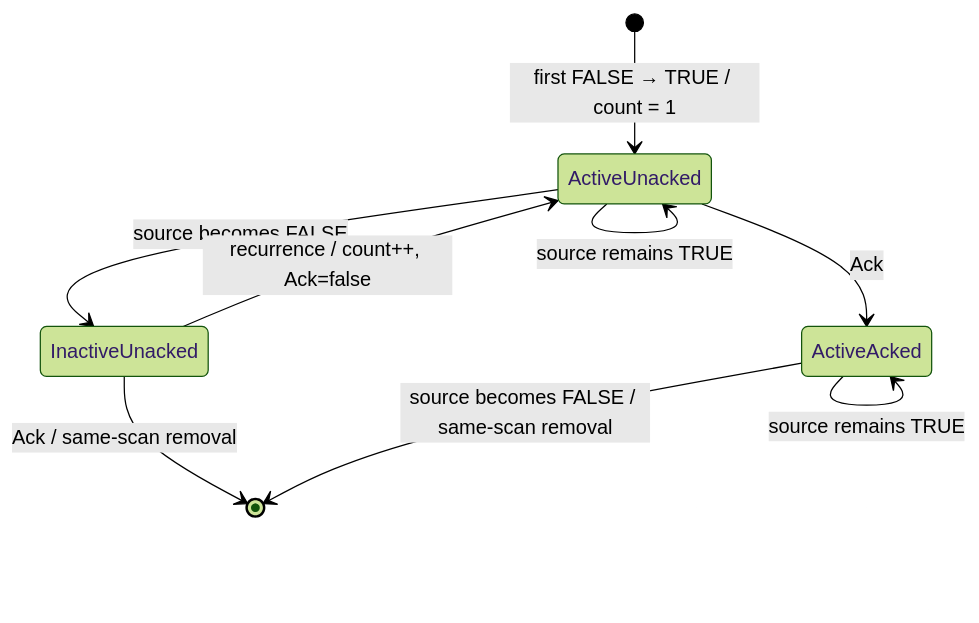
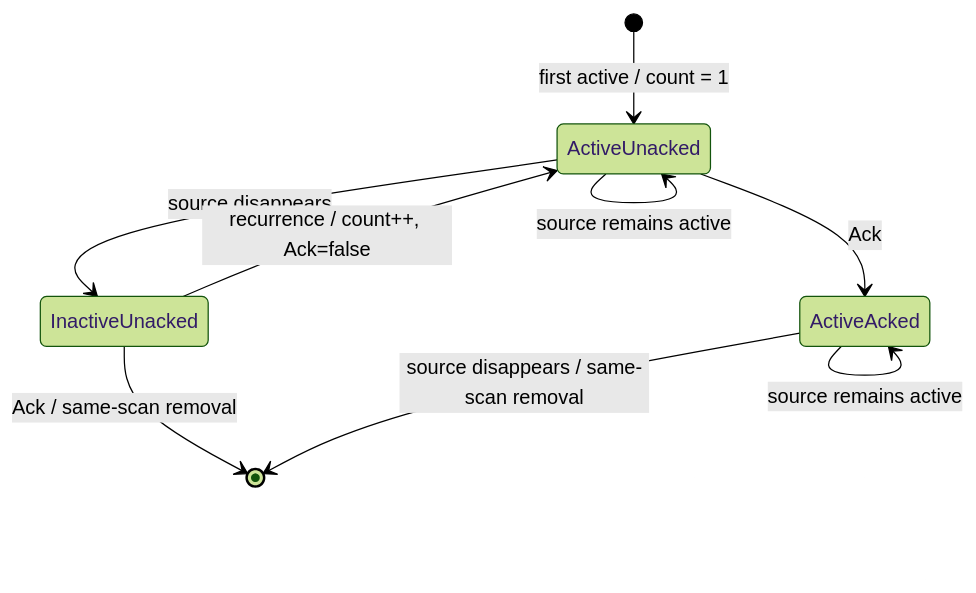
Before and after one commit to henry6107/semi_robust_solution_framework_demo: the third of 3 diagrams in robust_solution_simple_module/robust_solution_simple_module/docs/Module-Alarm-Specification-and-Behavior.md, drawn with Mermaid (forest theme). The commit also changed other lines of this file, not shown here.

````diff
--- a/robust_solution_simple_module/robust_solution_simple_module/docs/Module-Alarm-Specification-and-Behavior.md
+++ b/robust_solution_simple_module/robust_solution_simple_module/docs/Module-Alarm-Specification-and-Behavior.md
@@ -144,11 +235,11 @@
 ```mermaid
 stateDiagram-v2
-    [*] --> ActiveUnacked: first FALSE → TRUE / count = 1
-    ActiveUnacked --> ActiveUnacked: source remains TRUE
-    ActiveUnacked --> InactiveUnacked: source becomes FALSE
+    [*] --> ActiveUnacked: first active / count = 1
+    ActiveUnacked --> ActiveUnacked: source remains active
+    ActiveUnacked --> InactiveUnacked: source disappears
     ActiveUnacked --> ActiveAcked: Ack
     InactiveUnacked --> ActiveUnacked: recurrence / count++, Ack=false
     InactiveUnacked --> [*]: Ack / same-scan removal
-    ActiveAcked --> [*]: source becomes FALSE / same-scan removal
-    ActiveAcked --> ActiveAcked: source remains TRUE
+    ActiveAcked --> ActiveAcked: source remains active
+    ActiveAcked --> [*]: source disappears / same-scan removal
 ```
````
